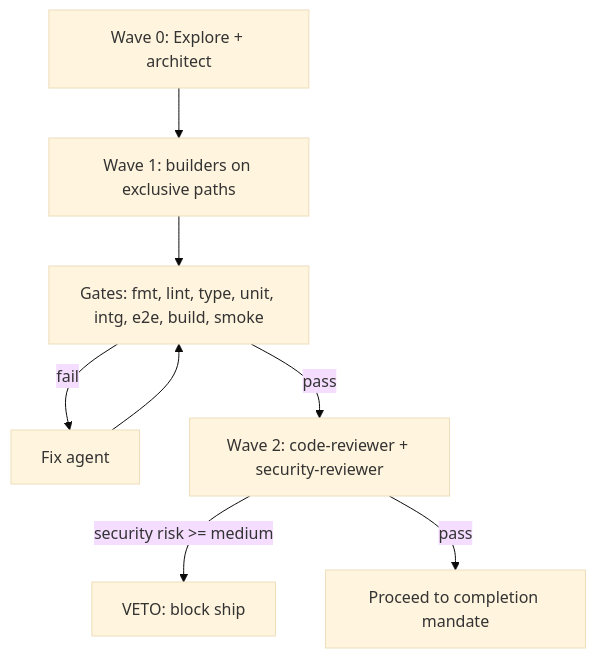
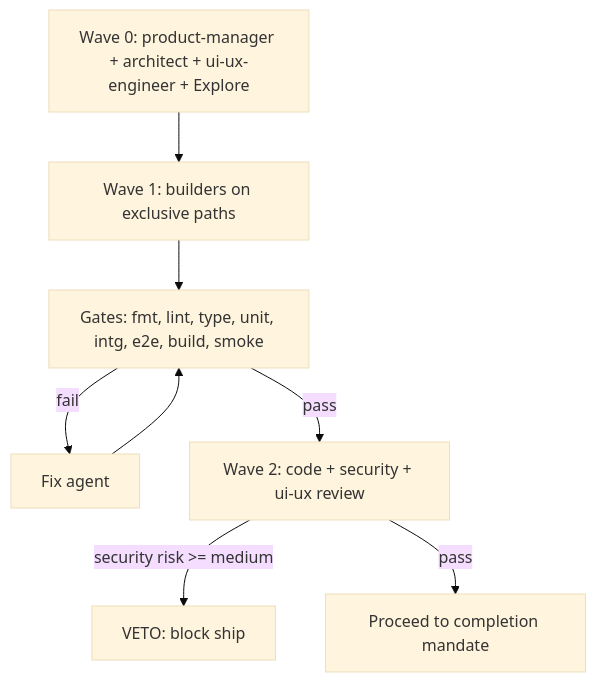
One commit to jaysonventura/claude-dev-team changed the second of 7 diagrams in README.md. Above: the diagram before and after it, drawn with Mermaid (base theme).

Commit message:
v1.13.0: update execution diagram for the 13-agent team (PM + UX in waves 0/2)

````diff
--- a/README.md
+++ b/README.md
@@ -88,10 +88,10 @@
 ```mermaid
 flowchart TD
-    W0["Wave 0: Explore + architect"] --> W1["Wave 1: builders on exclusive paths"]
+    W0["Wave 0: product-manager + architect + ui-ux-engineer + Explore"] --> W1["Wave 1: builders on exclusive paths"]
     W1 --> GATES["Gates: fmt, lint, type, unit, intg, e2e, build, smoke"]
     GATES -->|"fail"| FIX["Fix agent"]
     FIX --> GATES
-    GATES -->|"pass"| W2["Wave 2: code-reviewer + security-reviewer"]
+    GATES -->|"pass"| W2["Wave 2: code + security + ui-ux review"]
     W2 -->|"security risk >= medium"| VETO["VETO: block ship"]
     W2 -->|"pass"| DONE["Proceed to completion mandate"]
 ```
````
